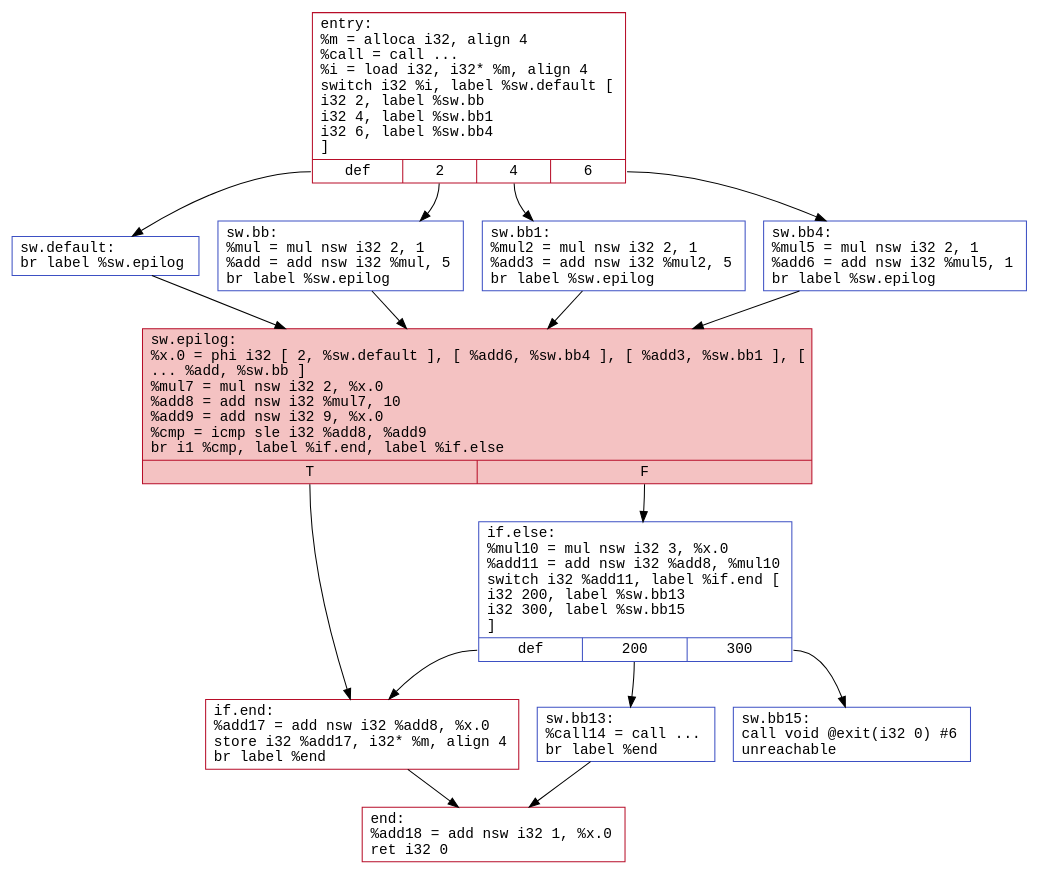
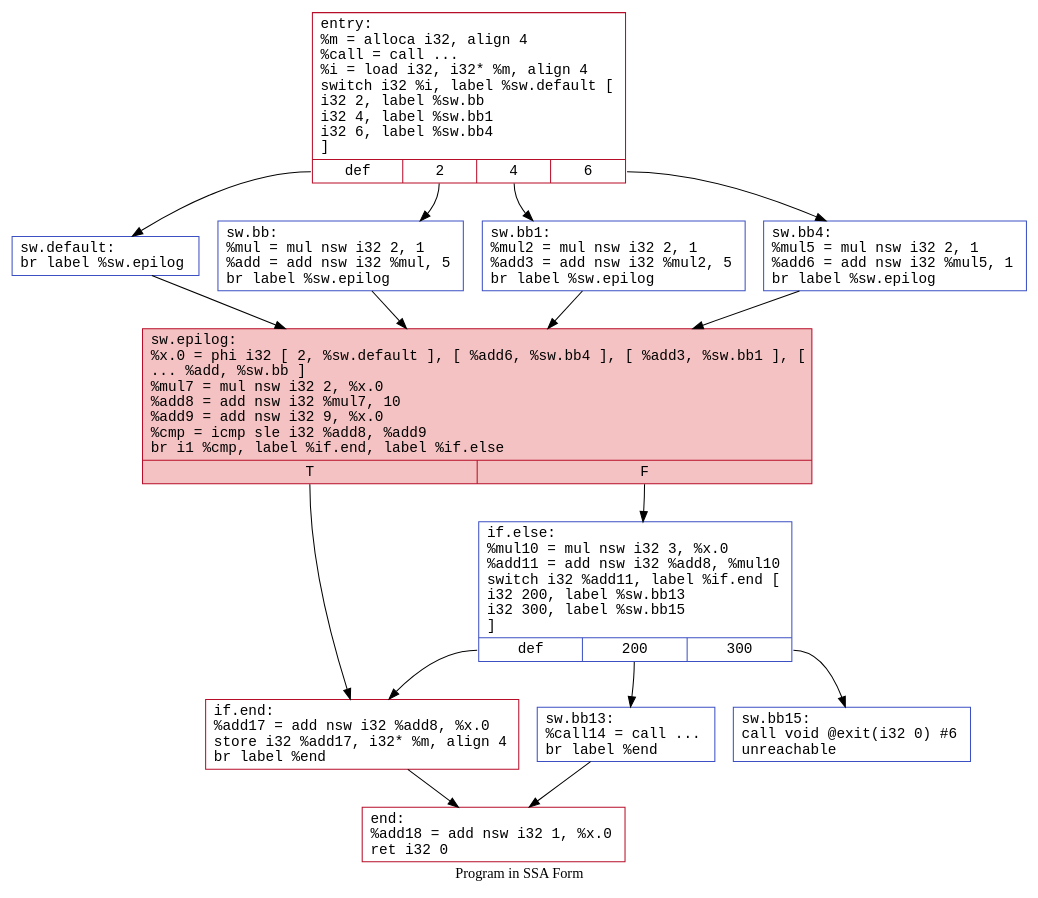
The diagram in submission/dotfiles/baseline.dot (HPSSA-LLVM/HPSSA-LLVM), drawn with Graphviz before and after one commit. The commit also changed 17 other files, not shown here.

```diff
--- a/submission/dotfiles/baseline.dot
+++ b/submission/dotfiles/baseline.dot
@@ -1,31 +1,31 @@
 digraph "CFG for 'main' function" {
-	label="";
+	label="Program in SSA Form";
 	node [fontname="Courier"];
 	edge [fontname="Courier"];
 	Node0x55a42e985260 [shape=record,color="#b70d28ff", style="", fillcolor="#b70d2870",label="{entry:\l  %m = alloca i32, align 4\l  %call = call ...\l  %i = load i32, i32* %m, align 4\l  switch i32 %i, label %sw.default [\l    i32 2, label %sw.bb\l    i32 4, label %sw.bb1\l    i32 6, label %sw.bb4\l  ]\l|{<s0>def|<s1>2|<s2>4|<s3>6}}"];
 	Node0x55a42e985260:s0 -> Node0x55a42e9856a0;
 	Node0x55a42e985260:s1 -> Node0x55a42e9857b0;
 	Node0x55a42e985260:s2 -> Node0x55a42e9858b0;
 	Node0x55a42e985260:s3 -> Node0x55a42e9859b0;
 	Node0x55a42e9857b0 [shape=record,color="#3d50c3ff", style="", fillcolor="#d24b4070",label="{sw.bb:                                            \l  %mul = mul nsw i32 2, 1\l  %add = add nsw i32 %mul, 5\l  br label %sw.epilog\l}"];
 	Node0x55a42e9857b0 -> Node0x55a42e985c60;
 	Node0x55a42e9858b0 [shape=record,color="#3d50c3ff", style="", fillcolor="#d24b4070",label="{sw.bb1:                                           \l  %mul2 = mul nsw i32 2, 1\l  %add3 = add nsw i32 %mul2, 5\l  br label %sw.epilog\l}"];
 	Node0x55a42e9858b0 -> Node0x55a42e985c60;
 	Node0x55a42e9859b0 [shape=record,color="#3d50c3ff", style="", fillcolor="#d24b4070",label="{sw.bb4:                                           \l  %mul5 = mul nsw i32 2, 1\l  %add6 = add nsw i32 %mul5, 1\l  br label %sw.epilog\l}"];
 	Node0x55a42e9859b0 -> Node0x55a42e985c60;
 	Node0x55a42e9856a0 [shape=record,color="#3d50c3ff", style="", fillcolor="#d24b4070",label="{sw.default:                                       \l  br label %sw.epilog\l}"];
 	Node0x55a42e9856a0 -> Node0x55a42e985c60;
 	Node0x55a42e985c60 [shape=record,color="#b70d28ff", style=filled, fillcolor="#f4c2c2",label="{sw.epilog:                                        \l  %x.0 = phi i32 [ 2, %sw.default ], [ %add6, %sw.bb4 ], [ %add3, %sw.bb1 ], [\l... %add, %sw.bb ]\l  %mul7 = mul nsw i32 2, %x.0\l  %add8 = add nsw i32 %mul7, 10\l  %add9 = add nsw i32 9, %x.0\l  %cmp = icmp sle i32 %add8, %add9\l  br i1 %cmp, label %if.end, label %if.else\l|{<s0>T|<s1>F}}"];
 	Node0x55a42e985c60:s0 -> Node0x55a42e986740;
 	Node0x55a42e985c60:s1 -> Node0x55a42e9867b0;
 	Node0x55a42e9867b0 [shape=record,color="#3d50c3ff", style="", fillcolor="#c5333470",label="{if.else:                                          \l  %mul10 = mul nsw i32 3, %x.0\l  %add11 = add nsw i32 %add8, %mul10\l  switch i32 %add11, label %if.end [\l    i32 200, label %sw.bb13\l    i32 300, label %sw.bb15\l  ]\l|{<s0>def|<s1>200|<s2>300}}"];
 	Node0x55a42e9867b0:s0 -> Node0x55a42e986740;
 	Node0x55a42e9867b0:s1 -> Node0x55a42e986a90;
 	Node0x55a42e9867b0:s2 -> Node0x55a42e986e50;
 	Node0x55a42e986a90 [shape=record,color="#3d50c3ff", style="", fillcolor="#d24b4070",label="{sw.bb13: \l%call14 = call ... \l  br label %end\l}"];
 	Node0x55a42e986a90 -> Node0x55a42e9871f0;
 	Node0x55a42e986e50 [shape=record,color="#3d50c3ff", style="", fillcolor="#6282ea70",label="{sw.bb15:                                          \l  call void @exit(i32 0) #6\l  unreachable\l}"];
 	Node0x55a42e986740 [shape=record,color="#b70d28ff", style="", fillcolor="#be242e70",label="{if.end:                                           \l  %add17 = add nsw i32 %add8, %x.0\l  store i32 %add17, i32* %m, align 4\l  br label %end\l}"];
 	Node0x55a42e986740 -> Node0x55a42e9871f0;
 	Node0x55a42e9871f0 [shape=record,color="#b70d28ff", style="", fillcolor="#b70d2870",label="{end:                                              \l  %add18 = add nsw i32 1, %x.0\l  ret i32 0\l}"];
 }
```
